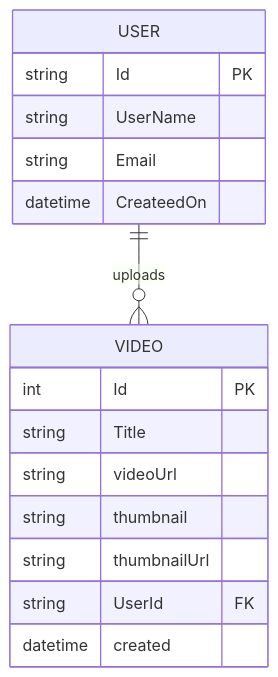
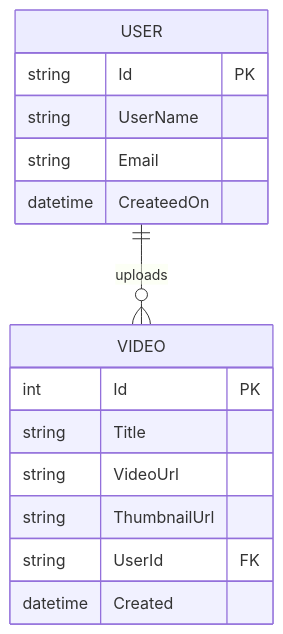
Before and after one commit to 0xAgamy/Clip: the diagram in README.md, drawn with Mermaid. The commit also changed other lines of this file and 1 other file, not shown here.

````diff
--- a/README.md
+++ b/README.md
@@ -171,21 +282,20 @@
 ```mermaid
 erDiagram
     USER ||--o{ VIDEO : uploads
 
     USER {
         string Id PK
         string UserName
         string Email
         datetime CreateedOn
     }
 
     VIDEO {
         int Id PK
         string Title
-        string videoUrl
-        string thumbnail
-        string thumbnailUrl
+        string VideoUrl
+        string ThumbnailUrl
         string UserId FK
-        datetime created
+        datetime Created
     }
 ```
````
